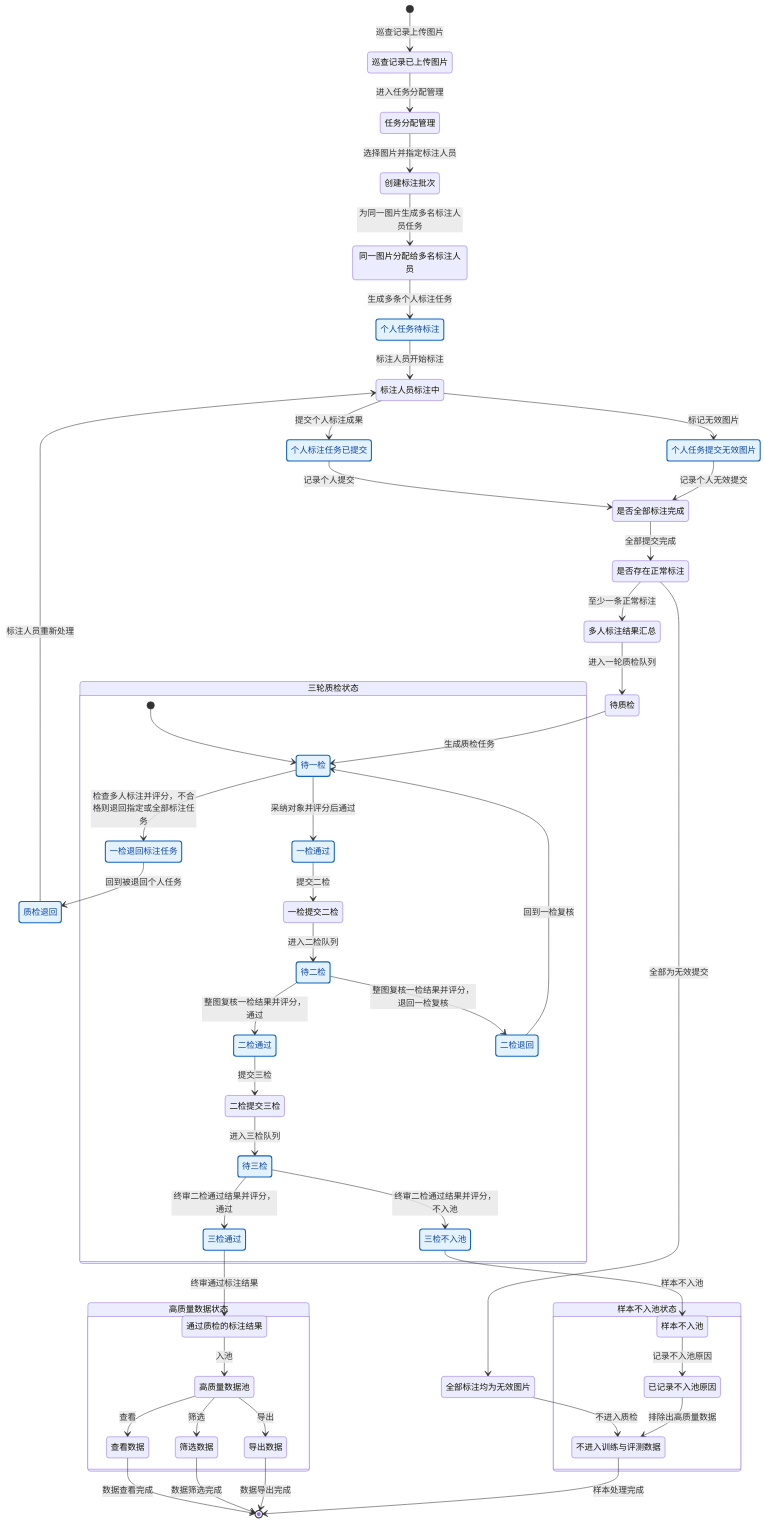
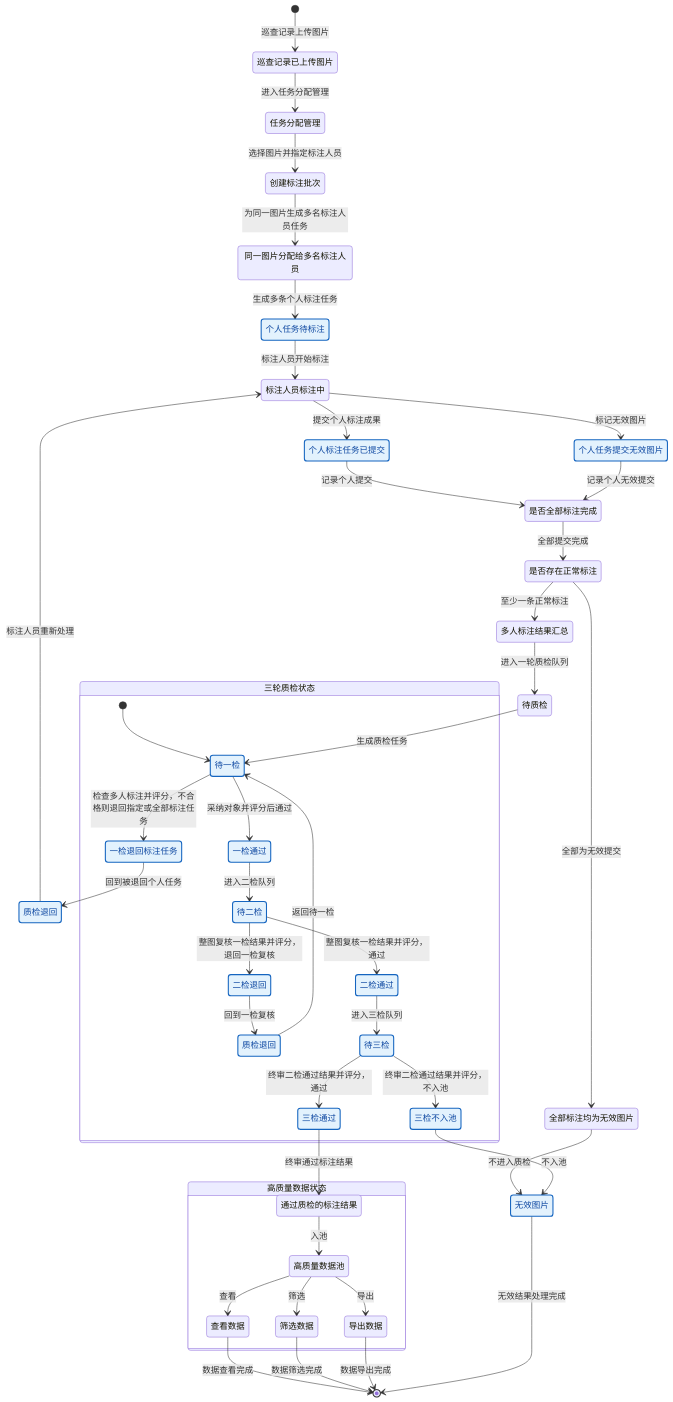
The diagram in 02-PRD文档/后台管理/标注质检三轮质检流程.mmd (zhudan930612/shujuzhili), drawn with Mermaid before and after one commit.

Commit message:
docs(prd): 优化三轮质检流程图，统一无效终态并移除 escalate 中间状态
统一无效终态：
- 新增 FinalInvalid 状态，统一表示无效图片和不入池的终态
- AllInvalidSample 和 QC3NoPool 均指向 FinalInvalid

移除 escalate 中间状态：
- QC1Passed 直接进入 QC2Waiting（一检通过直接进二检）
- QC2Passed 直接进入 QC3Waiting（二检通过直接进三检）
- 移除 QC1Escalated 和 QC2Escalated 状态

二检退回优化：
- 新增 QC1ReturnedByQC2 状态
- QC2Returned 回到 QC1ReturnedByQC2（二检退回一检复核）

移除样本不入池子状态机

样式定义同步更新

```diff
--- a/02-PRD文档/后台管理/标注质检三轮质检流程.mmd
+++ b/02-PRD文档/后台管理/标注质检三轮质检流程.mmd
@@ -1,106 +1,96 @@
 %%{init: {'theme':'mc'}}%%
 stateDiagram-v2
   [*] --> InspectionUploaded: 巡查记录上传图片
 
   InspectionUploaded: 巡查记录已上传图片
   AssignmentManage: 任务分配管理
   BatchCreated: 创建标注批次
   MultiAnnotationAssigned: 同一图片分配给多名标注人员
   AnnotationTodo: 个人任务待标注
   Annotating: 标注人员标注中
   AnnotationSubmitted: 个人标注任务已提交
   AnnotationInvalid: 个人任务提交无效图片
   AnnotationReturned: 质检退回
+  FinalInvalid: 无效图片
   AllAnnotationSubmitted: 是否全部标注完成
   HasValidAnnotation: 是否存在正常标注
   AnnotationMerged: 多人标注结果汇总
   QCWaiting: 待质检
   AllInvalidSample: 全部标注均为无效图片
 
   InspectionUploaded --> AssignmentManage: 进入任务分配管理
   AssignmentManage --> BatchCreated: 选择图片并指定标注人员
   BatchCreated --> MultiAnnotationAssigned: 为同一图片生成多名标注人员任务
   MultiAnnotationAssigned --> AnnotationTodo: 生成多条个人标注任务
   AnnotationTodo --> Annotating: 标注人员开始标注
   Annotating --> AnnotationSubmitted: 提交个人标注成果
   Annotating --> AnnotationInvalid: 标记无效图片
   AnnotationSubmitted --> AllAnnotationSubmitted: 记录个人提交
   AnnotationInvalid --> AllAnnotationSubmitted: 记录个人无效提交
   AnnotationReturned --> Annotating: 标注人员重新处理
   AllAnnotationSubmitted --> HasValidAnnotation: 全部提交完成
   HasValidAnnotation --> AnnotationMerged: 至少一条正常标注
   HasValidAnnotation --> AllInvalidSample: 全部为无效提交
   AnnotationMerged --> QCWaiting: 进入一轮质检队列
-  AllInvalidSample --> ExcludedFromTraining: 不进入质检
+  AllInvalidSample --> FinalInvalid: 不进入质检
 
   state "三轮质检状态" as QCFlow {
     [*] --> QC1Waiting
 
     QC1Waiting: 待一检
     QC1Passed: 一检通过
     QC1Returned: 一检退回标注任务
-    QC1Escalated: 一检提交二检
+    QC1ReturnedByQC2: 质检退回
 
     QC1Waiting --> QC1Returned: 检查多人标注并评分，不合格则退回指定或全部标注任务
+    QC1ReturnedByQC2 --> QC1Waiting: 返回待一检
     QC1Waiting --> QC1Passed: 采纳对象并评分后通过
-    QC1Passed --> QC1Escalated: 提交二检
 
     QC2Waiting: 待二检
     QC2Passed: 二检通过
     QC2Returned: 二检退回
-    QC2Escalated: 二检提交三检
 
-    QC1Escalated --> QC2Waiting: 进入二检队列
+    QC1Passed --> QC2Waiting: 进入二检队列
     QC2Waiting --> QC2Passed: 整图复核一检结果并评分，通过
-    QC2Passed --> QC2Escalated: 提交三检
     QC2Waiting --> QC2Returned: 整图复核一检结果并评分，退回一检复核
 
     QC3Waiting: 待三检
     QC3Passed: 三检通过
     QC3NoPool: 三检不入池
 
-    QC2Escalated --> QC3Waiting: 进入三检队列
+    QC2Passed --> QC3Waiting: 进入三检队列
     QC3Waiting --> QC3NoPool: 终审二检通过结果并评分，不入池
     QC3Waiting --> QC3Passed: 终审二检通过结果并评分，通过
   }
 
   QCWaiting --> QC1Waiting: 生成质检任务
 
   QC1Returned --> AnnotationReturned: 回到被退回个人任务
-  QC2Returned --> QC1Waiting: 回到一检复核
+  QC2Returned --> QC1ReturnedByQC2: 回到一检复核
 
   QC3Passed --> TrustedResult: 终审通过标注结果
-  QC3NoPool --> SampleNoPool: 样本不入池
+  QC3NoPool --> FinalInvalid: 不入池
 
   state "高质量数据状态" as DataFlow {
     TrustedResult: 通过质检的标注结果
     QualityDataPool: 高质量数据池
     QualityDataView: 查看数据
     QualityDataFilter: 筛选数据
     QualityDataExport: 导出数据
 
     TrustedResult --> QualityDataPool: 入池
     QualityDataPool --> QualityDataView: 查看
     QualityDataPool --> QualityDataFilter: 筛选
     QualityDataPool --> QualityDataExport: 导出
   }
 
-  state "样本不入池状态" as RejectFlow {
-    SampleNoPool: 样本不入池
-    RejectReasonRecorded: 已记录不入池原因
-    ExcludedFromTraining: 不进入训练与评测数据
-
-    SampleNoPool --> RejectReasonRecorded: 记录不入池原因
-    RejectReasonRecorded --> ExcludedFromTraining: 排除出高质量数据
-  }
-
   QualityDataView --> [*]: 数据查看完成
   QualityDataFilter --> [*]: 数据筛选完成
   QualityDataExport --> [*]: 数据导出完成
-  ExcludedFromTraining --> [*]: 样本处理完成
+  FinalInvalid --> [*]: 无效结果处理完成
 
   classDef listStatus fill:#e3f2fd,stroke:#1565c0,stroke-width:2px,color:#0d47a1
-  class AnnotationTodo,AnnotationSubmitted,AnnotationInvalid,AnnotationReturned listStatus
-  class QC1Waiting,QC1Passed,QC1Returned listStatus
+  class AnnotationTodo,AnnotationSubmitted,AnnotationInvalid,AnnotationReturned,FinalInvalid listStatus
+  class QC1Waiting,QC1Passed,QC1Returned,QC1ReturnedByQC2 listStatus
   class QC2Waiting,QC2Passed,QC2Returned listStatus
   class QC3Waiting,QC3Passed,QC3NoPool listStatus
```
